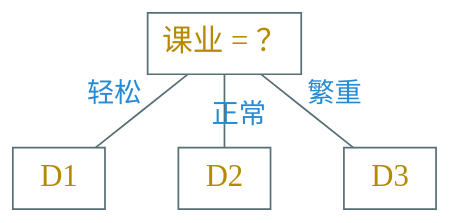
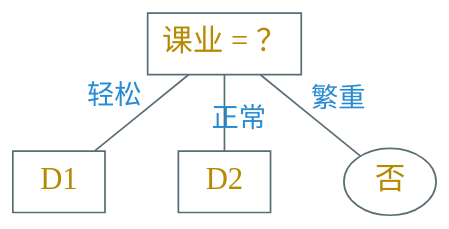
One commit to Avanti1980/course-ml changed the first of 2 diagrams in slides/temp.md. Above: the diagram before and after it, drawn with Graphviz. The commit also changed other lines of this file and 4 other files, not shown here.

````diff
--- a/slides/temp.md
+++ b/slides/temp.md
@@ -62,12 +66,14 @@
-```dot {.left10per .top0}
+```dot {.left60per .top0}
 digraph g {
     graph [nodesep=0.6, ranksep=0.6]
     bgcolor="transparent"
     node [shape=box color="#586e75" fontcolor="#b58900" fontsize=18 fontname="Ysabeau,LXGWWenKai"]
     edge [color="#586e75" fontcolor="#268bd2" fontsize=16 fontname="Ysabeau,LXGWWenKai" arrowhead=none]
 
     "课业 = ？" -> "D1" [xlabel="轻松"]
     "课业 = ？" -> "D2" [headlabel="正常" labeldistance=2]
-    "课业 = ？" -> "D3" [xlabel="繁重"]
+
+    node [shape=ellipse]
+    "课业 = ？" -> "否" [xlabel="繁重"]
 }
 ```
````
